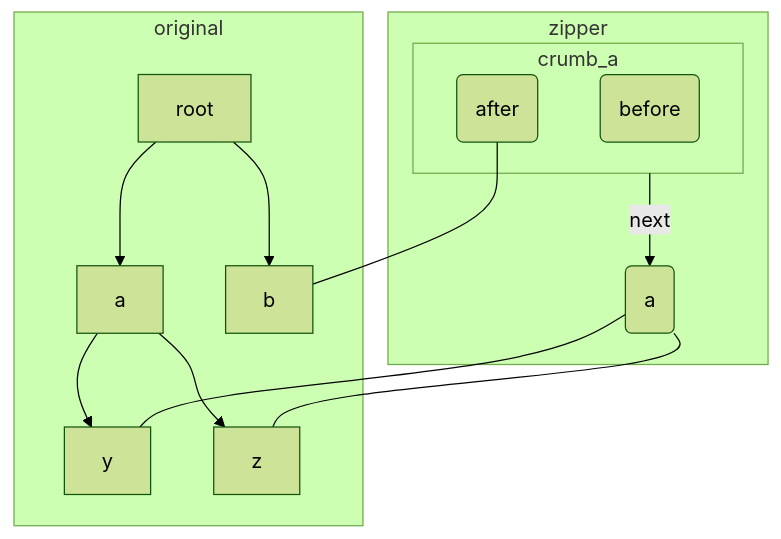
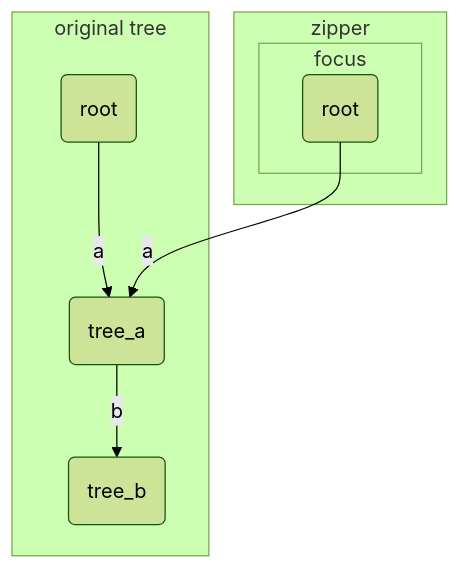
Before and after one commit to jzhonx/jzhonx.github.io: the second of 6 diagrams in _posts/2026-03-17-zippers.markdown, drawn with Mermaid (forest theme). The commit also changed other lines of this file, not shown here.

````diff
--- a/_posts/2026-03-17-zippers.markdown
+++ b/_posts/2026-03-17-zippers.markdown
@@ -151,23 +199,15 @@
 ```mermaid
 flowchart TD
 
-subgraph original
-	root --> a
-	root --> b
-	a --> y
-	a --> z
+subgraph original tree
+  root1("root") -->|a| a
+  a("tree_a") -->|b| b("tree_b")
 end
 
 subgraph zipper
-	subgraph crumb_a
-		crumb_a_before("before")
-		crumb_a_after("after")
-		crumb_a_after --- b
-	end
-	
-	top("a") --- y
-	top --- z
-	
-	crumb_a -->|next| top
+  subgraph focus
+    focus_node("root")
+    focus_node -->|a| a
+  end
 end
 ```
````
